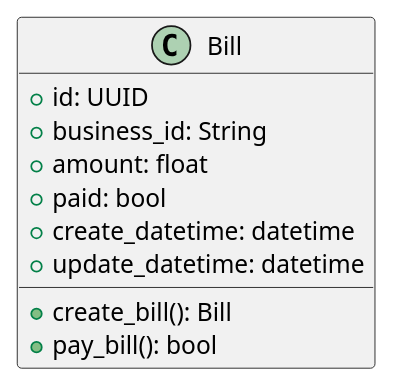
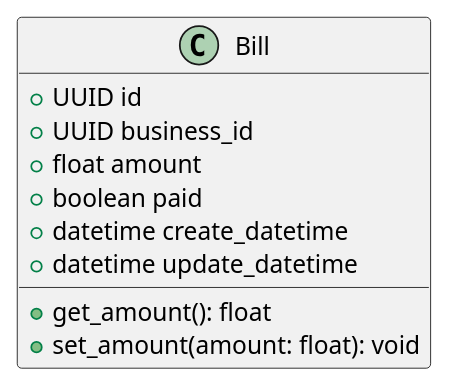
Before and after one commit to EasyDropEt/ed-domain: the diagram in documentation/class-diagrams/bill.puml, drawn with PlantUML. The commit also changed 19 other files, not shown here.

```diff
--- a/documentation/class-diagrams/bill.puml
+++ b/documentation/class-diagrams/bill.puml
@@ -1,14 +1,15 @@
 @startuml
 
 class Bill {
-  {field} + id: UUID
-  + business_id: String
-  + amount: float
-  + paid: bool
-  + create_datetime: datetime
-  + update_datetime: datetime
-  {method} + create_bill(): Bill
-  + pay_bill(): bool
+  {field} +UUID id
+  +UUID business_id
+  +float amount
+  +boolean paid
+  +datetime create_datetime
+  +datetime update_datetime
+
+  {method} +get_amount(): float
+  +set_amount(amount: float): void
 }
 
 @enduml
```
